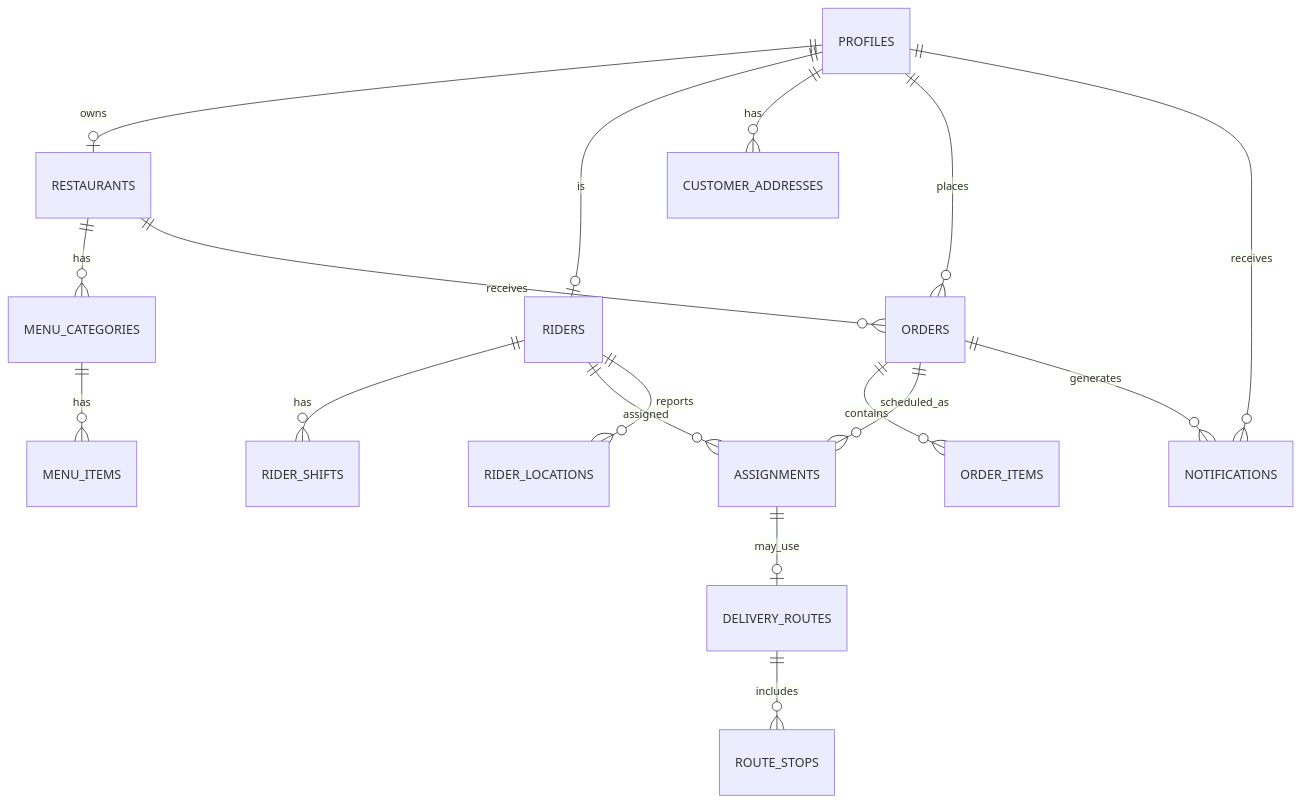
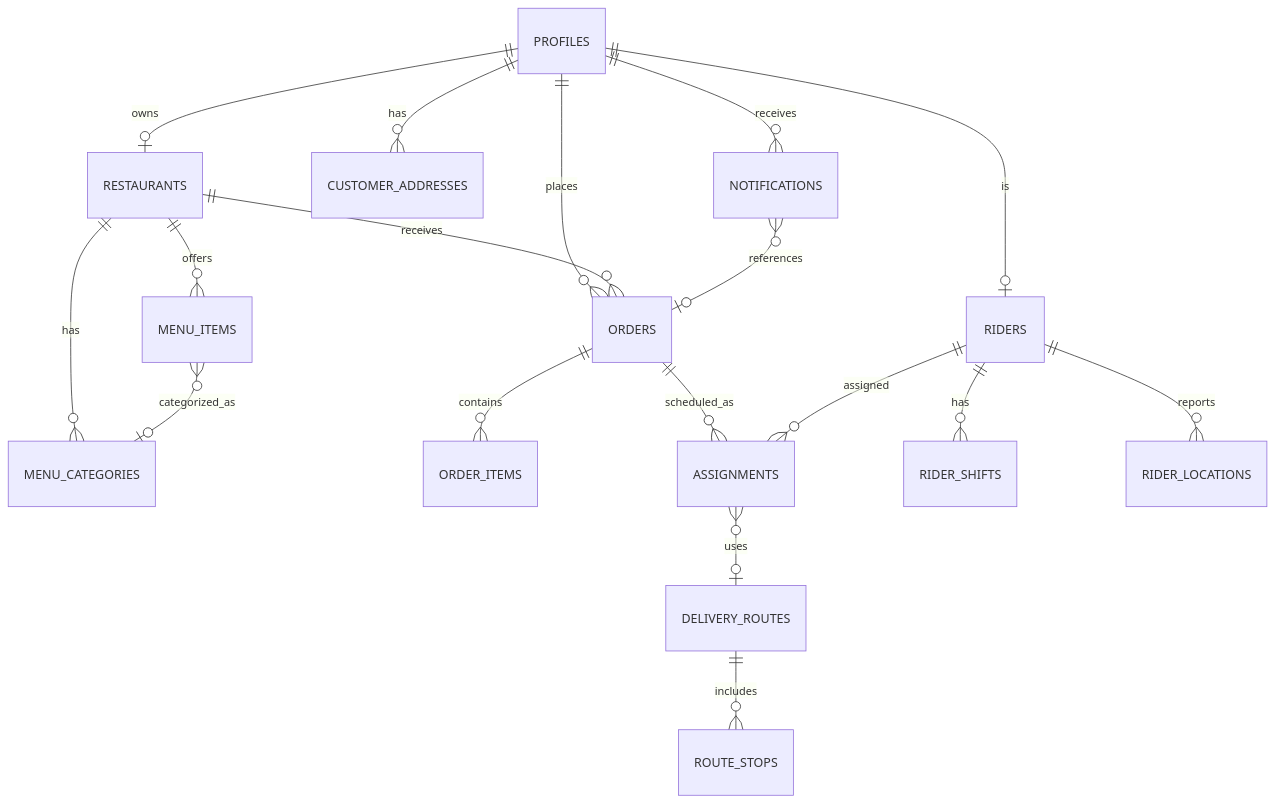
One commit to Nikhil306-ctrl/RouteSync changed the fourth of 4 diagrams in README.md. Above: the diagram before and after it, drawn with Mermaid. The commit also changed other lines of this file, not shown here.

````diff
--- a/README.md
+++ b/README.md
@@ -252,19 +251,20 @@
 ```mermaid
 erDiagram
   PROFILES ||--o| RESTAURANTS : owns
   PROFILES ||--o| RIDERS : is
   PROFILES ||--o{ CUSTOMER_ADDRESSES : has
   PROFILES ||--o{ ORDERS : places
   RESTAURANTS ||--o{ MENU_CATEGORIES : has
-  MENU_CATEGORIES ||--o{ MENU_ITEMS : has
+  RESTAURANTS ||--o{ MENU_ITEMS : offers
+  MENU_ITEMS }o--o| MENU_CATEGORIES : categorized_as
   RESTAURANTS ||--o{ ORDERS : receives
   ORDERS ||--o{ ORDER_ITEMS : contains
   ORDERS ||--o{ ASSIGNMENTS : scheduled_as
   RIDERS ||--o{ RIDER_SHIFTS : has
   RIDERS ||--o{ ASSIGNMENTS : assigned
   RIDERS ||--o{ RIDER_LOCATIONS : reports
-  ASSIGNMENTS ||--o| DELIVERY_ROUTES : may_use
+  ASSIGNMENTS }o--o| DELIVERY_ROUTES : uses
   DELIVERY_ROUTES ||--o{ ROUTE_STOPS : includes
-  ORDERS ||--o{ NOTIFICATIONS : generates
+  NOTIFICATIONS }o--o| ORDERS : references
   PROFILES ||--o{ NOTIFICATIONS : receives
 ```
````
